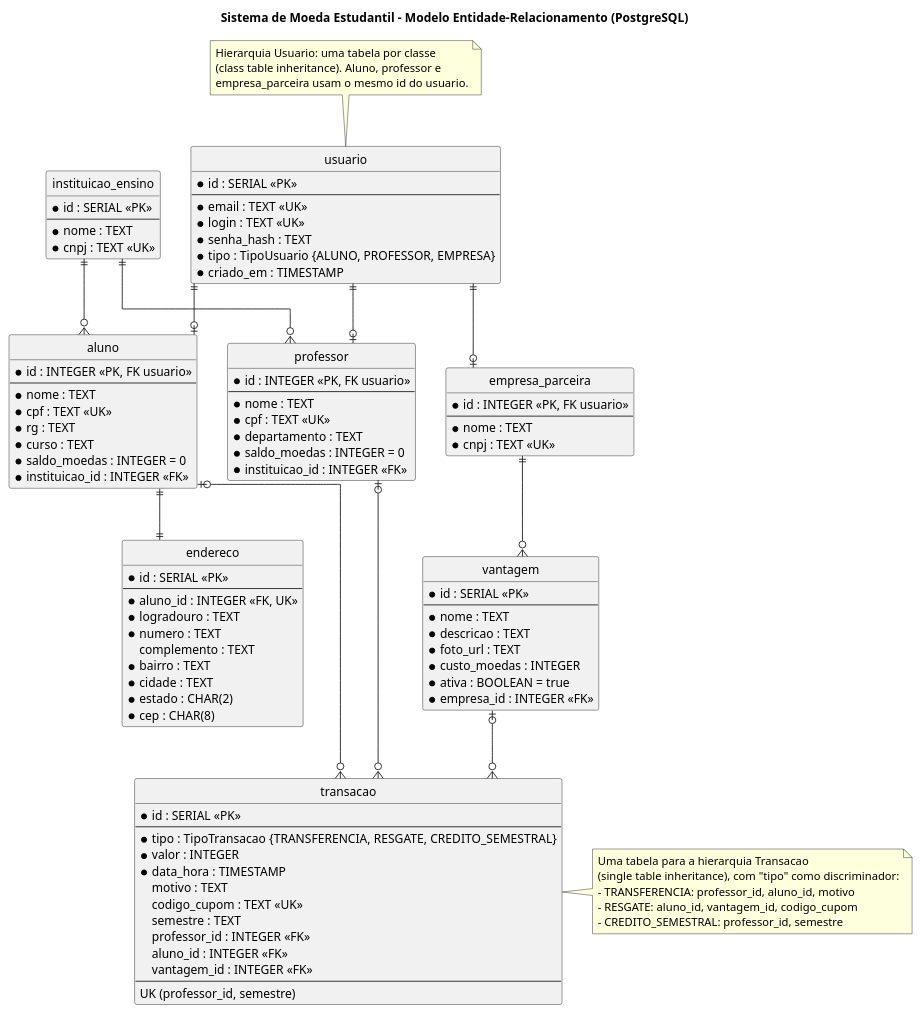
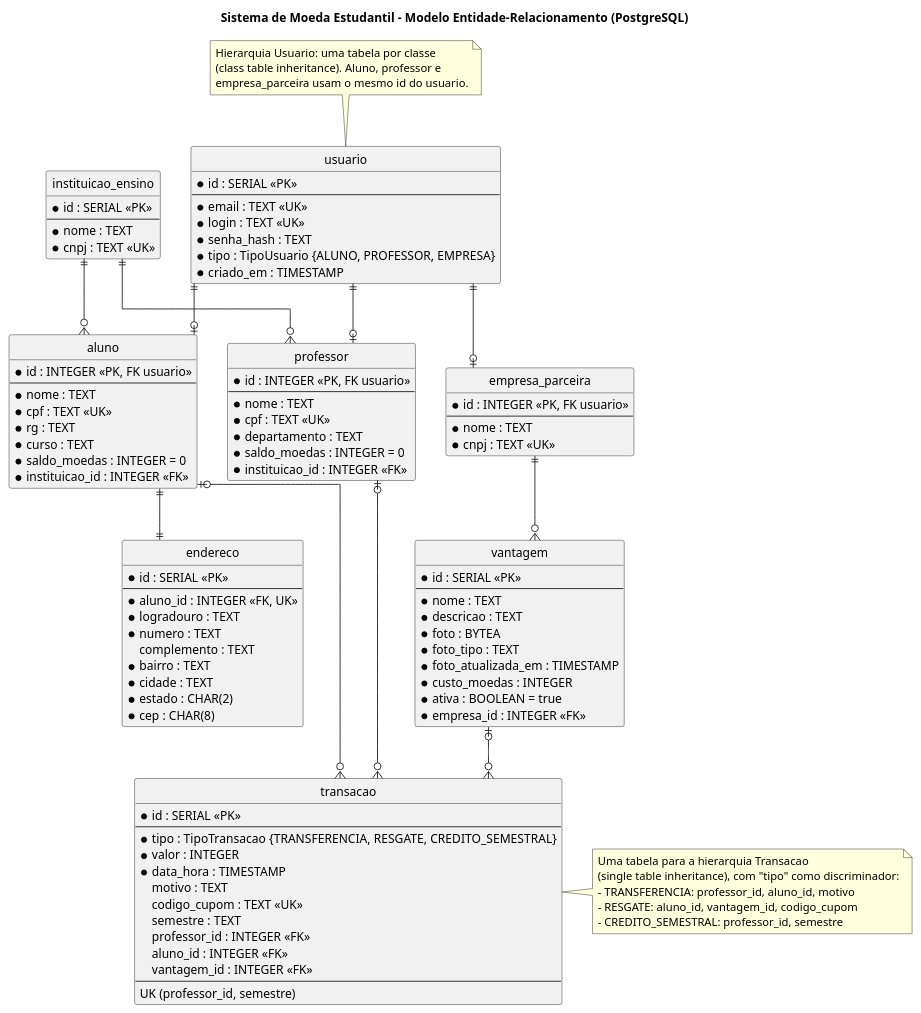
The diagram in docs/diagramas/er/modelo-er.puml (natadias/moeda-estudantil), drawn with PlantUML before and after one commit. The commit also changed 39 other files, not shown here.

```diff
--- a/docs/diagramas/er/modelo-er.puml
+++ b/docs/diagramas/er/modelo-er.puml
@@ -1,121 +1,123 @@
 @startuml modelo-er
 title Sistema de Moeda Estudantil - Modelo Entidade-Relacionamento (PostgreSQL)
 hide circle
 skinparam linetype ortho
 skinparam entity {
   BackgroundColor #FDFDFD
   BorderColor #444444
 }
 
 entity "usuario" as usuario {
   * id : SERIAL <<PK>>
   --
   * email : TEXT <<UK>>
   * login : TEXT <<UK>>
   * senha_hash : TEXT
   * tipo : TipoUsuario {ALUNO, PROFESSOR, EMPRESA}
   * criado_em : TIMESTAMP
 }
 
 entity "instituicao_ensino" as instituicao {
   * id : SERIAL <<PK>>
   --
   * nome : TEXT
   * cnpj : TEXT <<UK>>
 }
 
 entity "aluno" as aluno {
   * id : INTEGER <<PK, FK usuario>>
   --
   * nome : TEXT
   * cpf : TEXT <<UK>>
   * rg : TEXT
   * curso : TEXT
   * saldo_moedas : INTEGER = 0
   * instituicao_id : INTEGER <<FK>>
 }
 
 entity "endereco" as endereco {
   * id : SERIAL <<PK>>
   --
   * aluno_id : INTEGER <<FK, UK>>
   * logradouro : TEXT
   * numero : TEXT
   complemento : TEXT
   * bairro : TEXT
   * cidade : TEXT
   * estado : CHAR(2)
   * cep : CHAR(8)
 }
 
 entity "professor" as professor {
   * id : INTEGER <<PK, FK usuario>>
   --
   * nome : TEXT
   * cpf : TEXT <<UK>>
   * departamento : TEXT
   * saldo_moedas : INTEGER = 0
   * instituicao_id : INTEGER <<FK>>
 }
 
 entity "empresa_parceira" as empresa {
   * id : INTEGER <<PK, FK usuario>>
   --
   * nome : TEXT
   * cnpj : TEXT <<UK>>
 }
 
 entity "vantagem" as vantagem {
   * id : SERIAL <<PK>>
   --
   * nome : TEXT
   * descricao : TEXT
-  * foto_url : TEXT
+  * foto : BYTEA
+  * foto_tipo : TEXT
+  * foto_atualizada_em : TIMESTAMP
   * custo_moedas : INTEGER
   * ativa : BOOLEAN = true
   * empresa_id : INTEGER <<FK>>
 }
 
 entity "transacao" as transacao {
   * id : SERIAL <<PK>>
   --
   * tipo : TipoTransacao {TRANSFERENCIA, RESGATE, CREDITO_SEMESTRAL}
   * valor : INTEGER
   * data_hora : TIMESTAMP
   motivo : TEXT
   codigo_cupom : TEXT <<UK>>
   semestre : TEXT
   professor_id : INTEGER <<FK>>
   aluno_id : INTEGER <<FK>>
   vantagem_id : INTEGER <<FK>>
   --
   UK (professor_id, semestre)
 }
 
 usuario ||--o| aluno
 usuario ||--o| professor
 usuario ||--o| empresa
 
 instituicao ||--o{ aluno
 instituicao ||--o{ professor
 aluno ||--|| endereco
 empresa ||--o{ vantagem
 
 professor |o--o{ transacao
 aluno |o--o{ transacao
 vantagem |o--o{ transacao
 
 note right of transacao
   Uma tabela para a hierarquia Transacao
   (single table inheritance), com "tipo" como discriminador:
   - TRANSFERENCIA: professor_id, aluno_id, motivo
   - RESGATE: aluno_id, vantagem_id, codigo_cupom
   - CREDITO_SEMESTRAL: professor_id, semestre
 end note
 
 note top of usuario
   Hierarquia Usuario: uma tabela por classe
   (class table inheritance). Aluno, professor e
   empresa_parceira usam o mesmo id do usuario.
 end note
 @enduml
```
